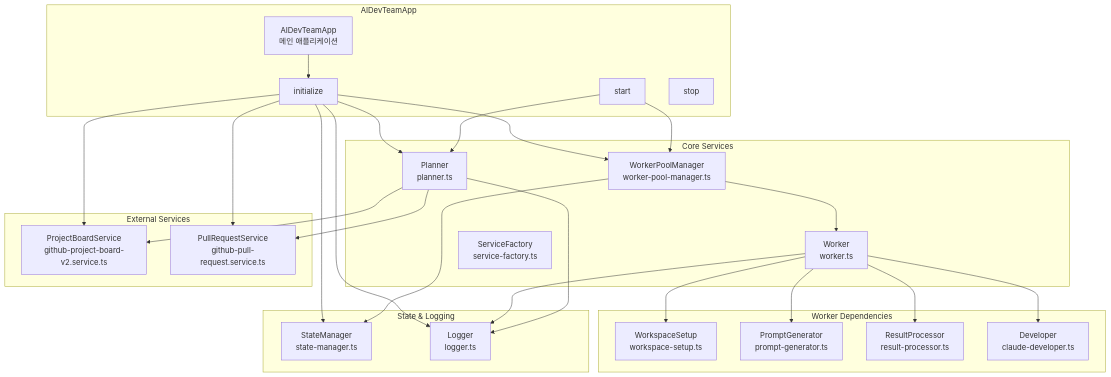
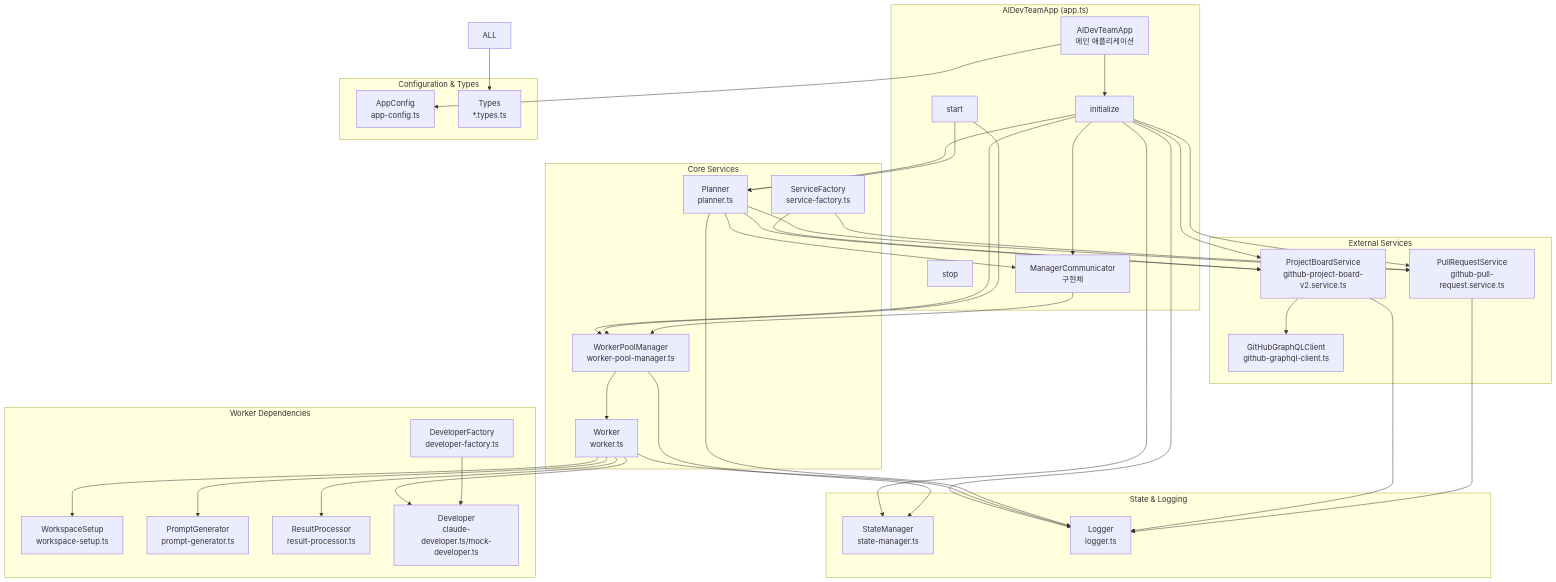
The first of 9 diagrams in docs/implementation-flow.md (wlgns5376/ai-devteam-node), drawn with Mermaid before and after one commit. The commit also changed other lines of this file and 19 other files, not shown here.

First line of the commit message:
refactor: Remove unnecessary GitHubRepositoryService and simplify architecture

````diff
--- a/docs/implementation-flow.md
+++ b/docs/implementation-flow.md
@@ -5,56 +5,77 @@
 ```mermaid
 graph TB
-    subgraph "AIDevTeamApp"
+    subgraph "AIDevTeamApp (app.ts)"
         APP[AIDevTeamApp<br/>메인 애플리케이션]
         APP_INIT[initialize]
         APP_START[start]
         APP_STOP[stop]
+        MC[ManagerCommunicator<br/>구현체]
     end
     
     subgraph "Core Services"
         PL[Planner<br/>planner.ts]
         WPM[WorkerPoolManager<br/>worker-pool-manager.ts]
         WK[Worker<br/>worker.ts]
         SF[ServiceFactory<br/>service-factory.ts]
     end
     
     subgraph "External Services"
         PBS[ProjectBoardService<br/>github-project-board-v2.service.ts]
         PRS[PullRequestService<br/>github-pull-request.service.ts]
+        GHGQL[GitHubGraphQLClient<br/>github-graphql-client.ts]
     end
     
     subgraph "Worker Dependencies"
         WS[WorkspaceSetup<br/>workspace-setup.ts]
         PG[PromptGenerator<br/>prompt-generator.ts]
         RP[ResultProcessor<br/>result-processor.ts]
-        DEV[Developer<br/>claude-developer.ts]
+        DEV[Developer<br/>claude-developer.ts/mock-developer.ts]
+        DF[DeveloperFactory<br/>developer-factory.ts]
     end
     
     subgraph "State & Logging"
         SM[StateManager<br/>state-manager.ts]
         LOG[Logger<br/>logger.ts]
+    end
+    
+    subgraph "Configuration & Types"
+        CFG[AppConfig<br/>app-config.ts]
+        TYPES[Types<br/>*.types.ts]
     end
     
     APP --> APP_INIT
     APP_INIT --> PL
     APP_INIT --> WPM
     APP_INIT --> PBS
     APP_INIT --> PRS
     APP_INIT --> SM
     APP_INIT --> LOG
+    APP_INIT --> MC
     
     APP_START --> WPM
     APP_START --> PL
     
+    PL --> MC
+    MC --> WPM
     PL --> PBS
     PL --> PRS
     WPM --> WK
     WK --> WS
     WK --> PG
     WK --> RP
     WK --> DEV
     
+    SF --> PBS
+    SF --> PRS
+    PBS --> GHGQL
+    DF --> DEV
+    
     WPM --> SM
     WK --> LOG
     PL --> LOG
+    PBS --> LOG
+    PRS --> LOG
+    
+    APP --> CFG
+    ALL --> TYPES
 ```
````
